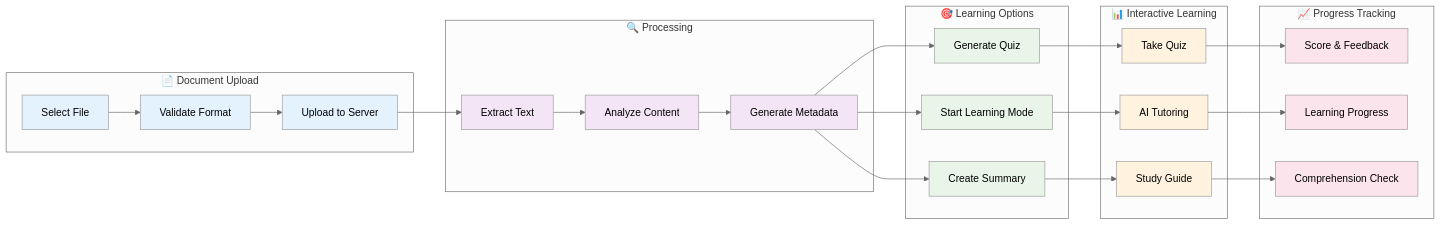
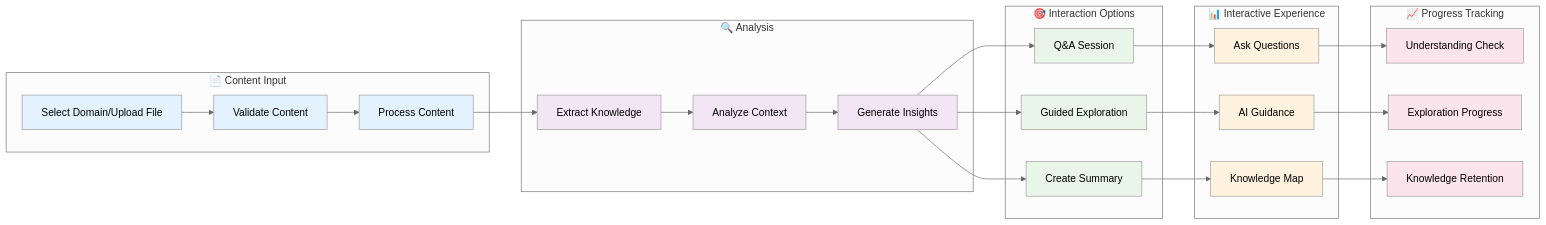
Before and after one commit to mhassan72/EDA-Front-End: the fifth of 5 diagrams in README.md, drawn with Mermaid (neutral theme). The commit also changed other lines of this file and 2 other files, not shown here.

````diff
--- a/README.md
+++ b/README.md
@@ -250,43 +255,43 @@
 ```mermaid
 flowchart LR
-    subgraph "📄 Document Upload"
-        A[Select File] --> B[Validate Format]
-        B --> C[Upload to Server]
+    subgraph "📄 Content Input"
+        A[Select Domain/Upload File] --> B[Validate Content]
+        B --> C[Process Content]
     end
     
-    subgraph "🔍 Processing"
-        C --> D[Extract Text]
-        D --> E[Analyze Content]
-        E --> F[Generate Metadata]
+    subgraph "🔍 Analysis"
+        C --> D[Extract Knowledge]
+        D --> E[Analyze Context]
+        E --> F[Generate Insights]
     end
     
-    subgraph "🎯 Learning Options"
-        F --> G[Generate Quiz]
-        F --> H[Start Learning Mode]
+    subgraph "🎯 Interaction Options"
+        F --> G[Q&A Session]
+        F --> H[Guided Exploration]
         F --> I[Create Summary]
     end
     
-    subgraph "📊 Interactive Learning"
-        G --> J[Take Quiz]
-        H --> K[AI Tutoring]
-        I --> L[Study Guide]
+    subgraph "📊 Interactive Experience"
+        G --> J[Ask Questions]
+        H --> K[AI Guidance]
+        I --> L[Knowledge Map]
     end
     
     subgraph "📈 Progress Tracking"
-        J --> M[Score & Feedback]
-        K --> N[Learning Progress]
-        L --> O[Comprehension Check]
+        J --> M[Understanding Check]
+        K --> N[Exploration Progress]
+        L --> O[Knowledge Retention]
     end
     
-    classDef upload fill:#e3f2fd
-    classDef process fill:#f3e5f5
+    classDef input fill:#e3f2fd
+    classDef analysis fill:#f3e5f5
     classDef options fill:#e8f5e8
     classDef interactive fill:#fff3e0
     classDef progress fill:#fce4ec
     
-    class A,B,C upload
-    class D,E,F process
+    class A,B,C input
+    class D,E,F analysis
     class G,H,I options
     class J,K,L interactive
     class M,N,O progress
 ```
````
